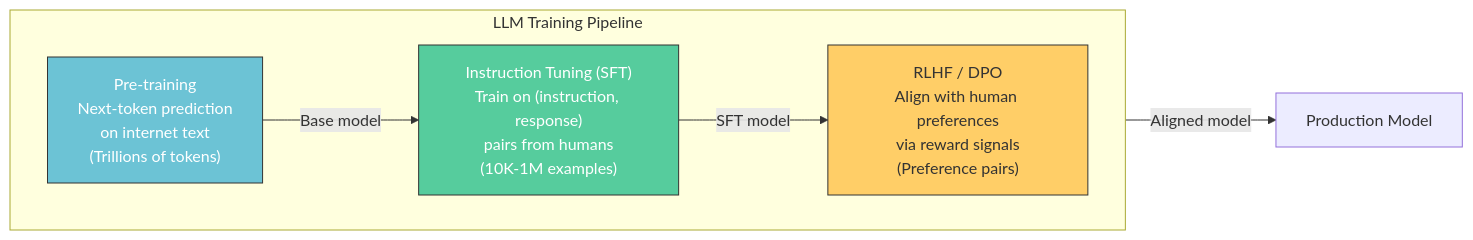
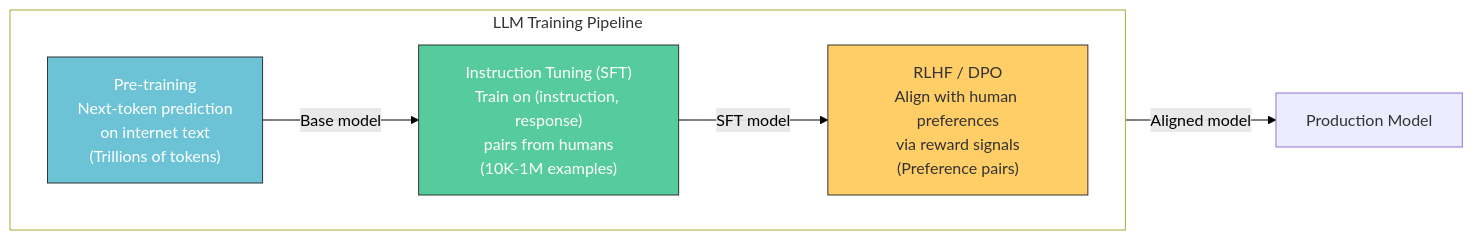
One commit to tanquangduong/tanquangduong.github.io changed the ninth of 10 diagrams in posts/llm-interview/LLM-Interview-QA-2.qmd. Above: the diagram before and after it, drawn with Mermaid. The commit also changed other lines of this file and 204 other files, not shown here.

````diff
--- a/posts/llm-interview/LLM-Interview-QA-2.qmd
+++ b/posts/llm-interview/LLM-Interview-QA-2.qmd
@@ -565,17 +574,19 @@
 ```{mermaid}
 graph LR
+    linkStyle default stroke:#000,color:#000
     subgraph Pipeline["LLM Training Pipeline"]
         direction LR
         PT["Pre-training<br/>Next-token prediction<br/>on internet text<br/>(Trillions of tokens)"]
         IT["Instruction Tuning (SFT)<br/>Train on (instruction, response)<br/>pairs from humans<br/>(10K-1M examples)"]
         RLHF_step["RLHF / DPO<br/>Align with human preferences<br/>via reward signals<br/>(Preference pairs)"]
     end
 
     PT -->|"Base model"| IT
     IT -->|"SFT model"| RLHF_step
     RLHF_step -->|"Aligned model"| FINAL["Production Model"]
 
     style PT fill:#6cc3d5,stroke:#333,color:#fff
     style IT fill:#56cc9d,stroke:#333,color:#fff
     style RLHF_step fill:#ffce67,stroke:#333
+    style Pipeline fill:#fff
 ```
````
